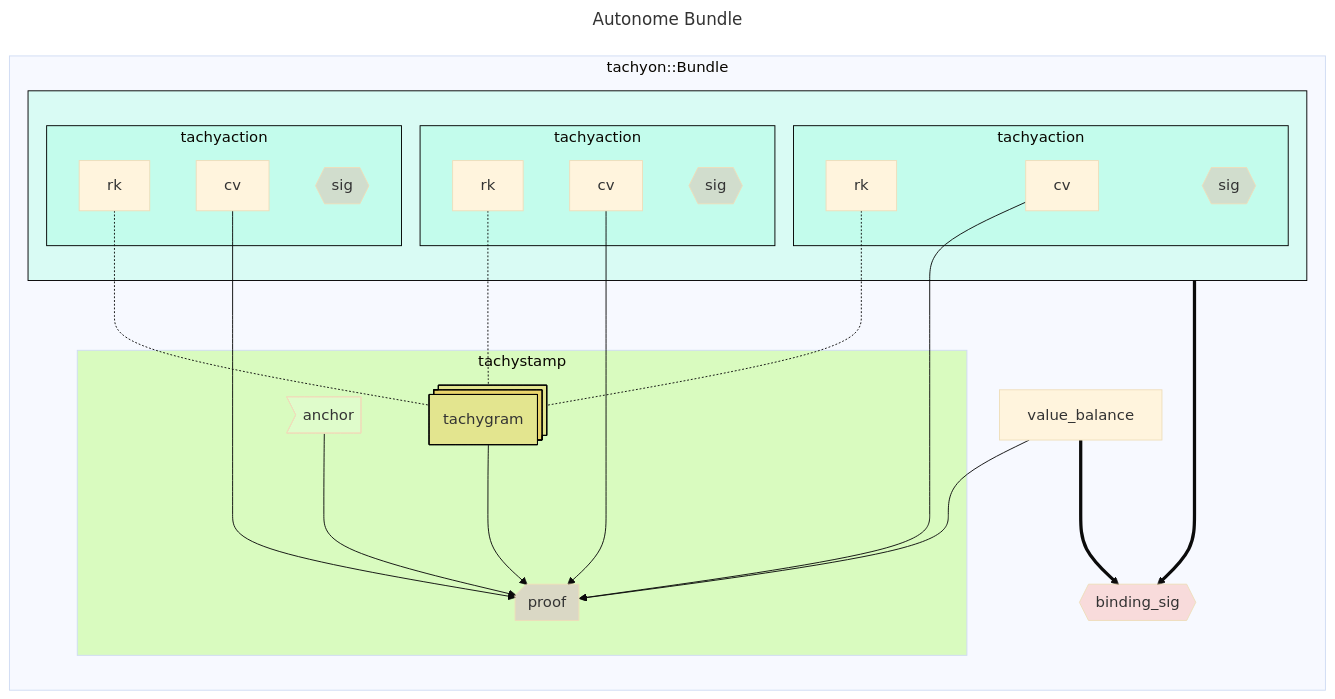
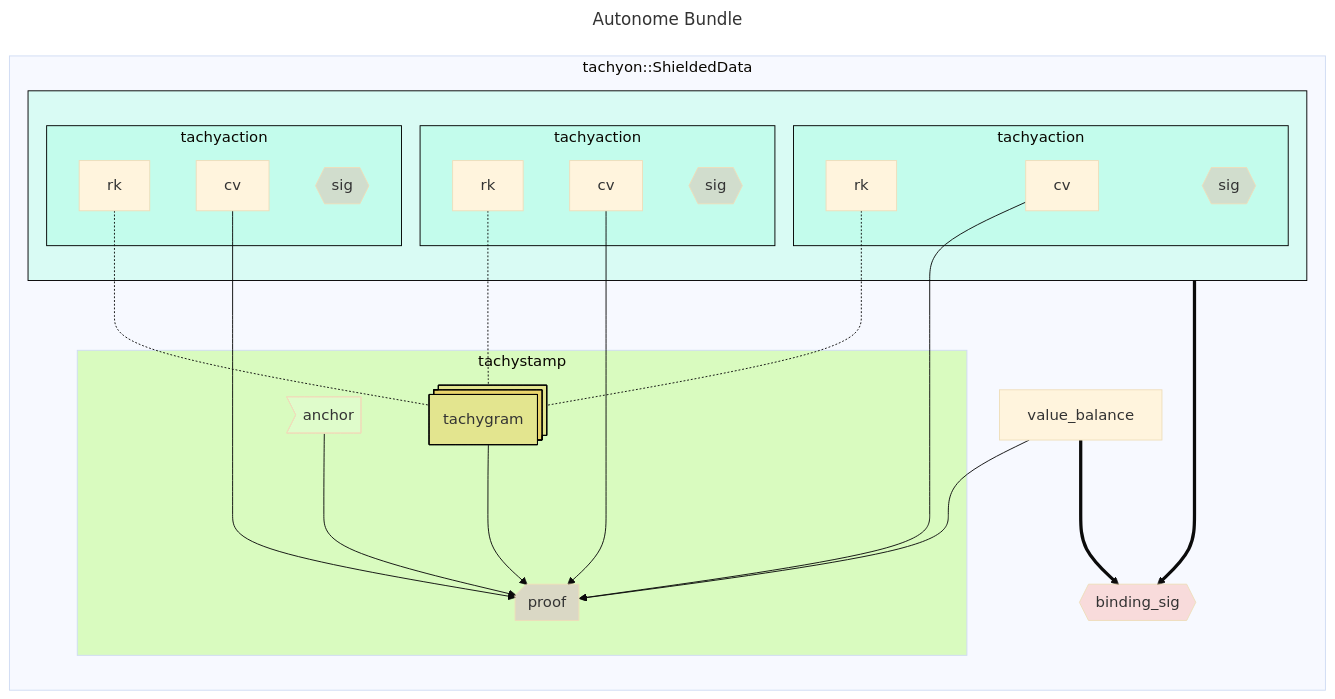
The diagram in book/src/bundle.md (tachyon-zcash/tachyon), drawn with Mermaid (base theme) before and after one commit. The commit also changed other lines of this file and 8 other files, not shown here.

````diff
--- a/book/src/bundle.md
+++ b/book/src/bundle.md
@@ -79,63 +76,63 @@
 ```mermaid
 ---
 title: Autonome Bundle
 ---
 flowchart LR
 classDef signature fill:#fa807240
 classDef optional fill:#d3d3d340,stroke-dasharray: 5 5
 
 style tachyaction1 fill:#7fffd440,stroke:black
 style tachyaction2 fill:#7fffd440,stroke:black
 style tachyaction3 fill:#7fffd440,stroke:black
 style tachyaction_vec fill:#7fffd440,stroke:black
 
 style tachygram_vec fill:#ffa50040,stroke:black
 style proof fill:#da70d640
 style anchor fill:#f0fff040
 
 style tachystamp fill:#7fff0040
 
-subgraph shielded_data["tachyon::Bundle"]
+subgraph shielded_data["tachyon::ShieldedData"]
 
     subgraph tachyaction_vec[" "]
 
         subgraph tachyaction1["tachyaction"]
             cv1["cv"]
             rk1["rk"]
             sig1:::signature@{shape: hex, label: "sig"}
         end
 
        subgraph tachyaction2["tachyaction"]
             cv2["cv"]
             rk2["rk"]
             sig2:::signature@{shape: hex, label: "sig"}
         end
 
        subgraph tachyaction3["tachyaction"]
             cv3["cv"]
             rk3["rk"]
             sig3:::signature@{shape: hex, label: "sig"}
         end
     end
 
     subgraph tachystamp
         anchor@{shape: odd}
         proof@{shape: notch-rect}
         tachygram_vec@{shape: procs, label: "tachygram"}
 
         anchor ---> proof
         tachygram_vec ---> proof
     end
 
     rk1 & rk2 & rk3 -.- tachygram_vec
     cv1 & cv2 & cv3 ---> proof
 
     sig_binding:::signature@{shape: hex, label: "binding_sig"}
     v_balance["value_balance"]
 
     v_balance ---> proof
 
     v_balance ===> sig_binding
     tachyaction_vec ===> sig_binding
 end
 ```
````
